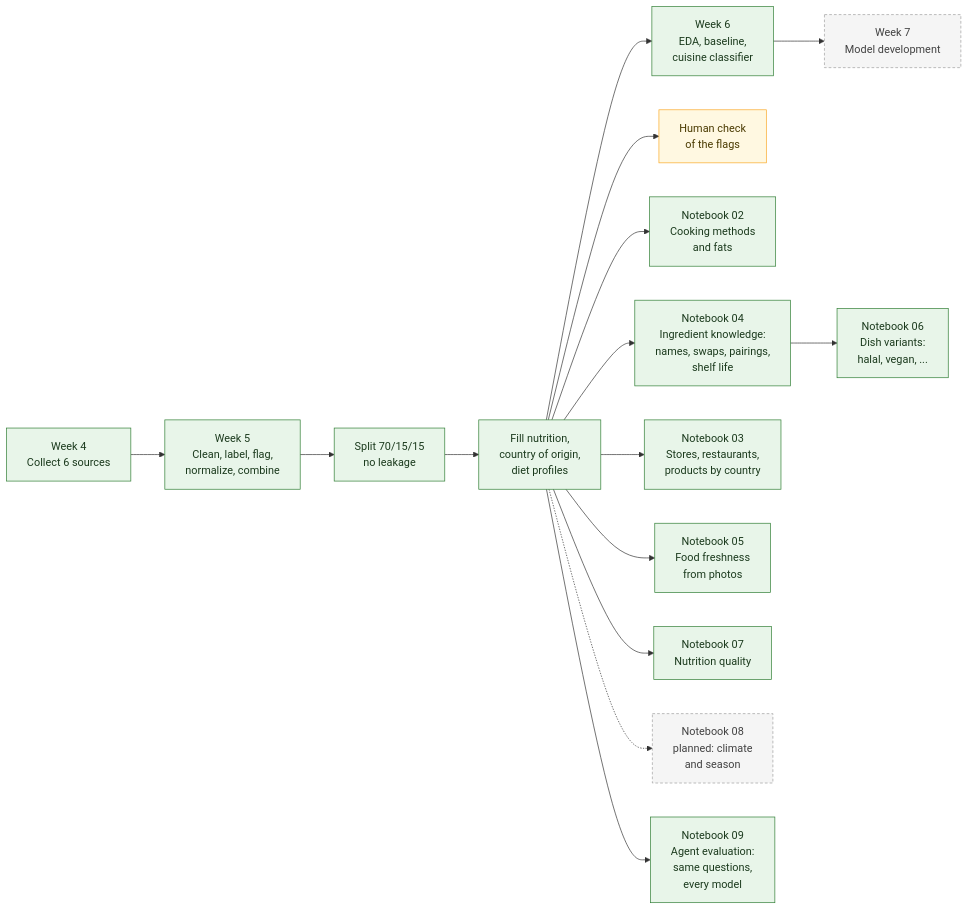
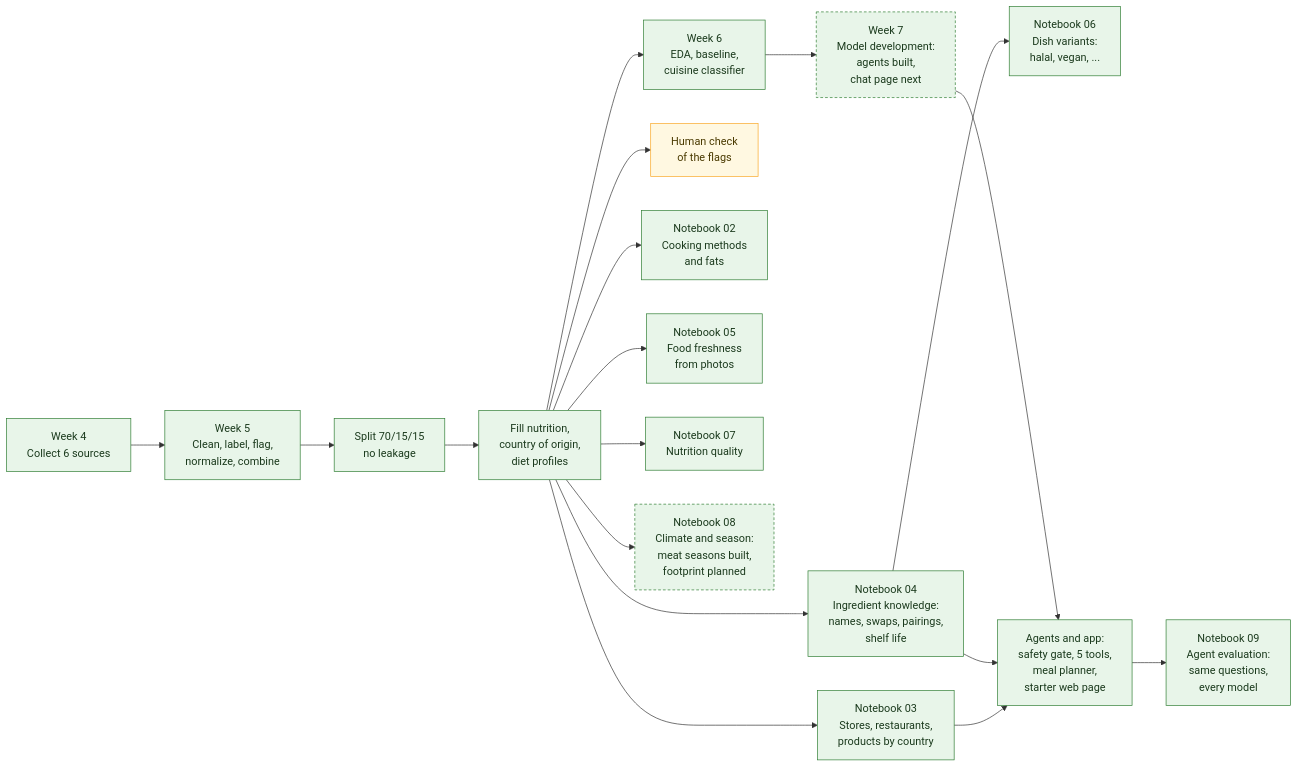
The second of 3 diagrams in README.md (Chloe-Tu2/The-EverFlavor-AI), drawn with Mermaid before and after one commit. The commit also changed other lines of this file and 35 other files, not shown here.

````diff
--- a/README.md
+++ b/README.md
@@ -171,24 +171,28 @@
 ```mermaid
 flowchart LR
     A[Week 4<br/>Collect 6 sources] --> B[Week 5<br/>Clean, label, flag,<br/>normalize, combine]
     B --> C[Split 70/15/15<br/>no leakage]
     C --> G[Fill nutrition,<br/>country of origin,<br/>diet profiles]
     G --> D[Week 6<br/>EDA, baseline,<br/>cuisine classifier]
-    D --> E[Week 7<br/>Model development]
+    D --> E[Week 7<br/>Model development:<br/>agents built,<br/>chat page next]
     G --> H[Human check<br/>of the flags]
     G --> F[Notebook 02<br/>Cooking methods<br/>and fats]
     G --> K[Notebook 04<br/>Ingredient knowledge:<br/>names, swaps, pairings,<br/>shelf life]
     G --> S[Notebook 03<br/>Stores, restaurants,<br/>products by country]
     G --> V[Notebook 05<br/>Food freshness<br/>from photos]
     K --> W[Notebook 06<br/>Dish variants:<br/>halal, vegan, ...]
     G --> Q[Notebook 07<br/>Nutrition quality]
-    G -.-> X[Notebook 08<br/>planned: climate<br/>and season]
-    G --> AE[Notebook 09<br/>Agent evaluation:<br/>same questions,<br/>every model]
+    G --> X[Notebook 08<br/>Climate and season:<br/>meat seasons built,<br/>footprint planned]
+    E --> AG[Agents and app:<br/>safety gate, 5 tools,<br/>meal planner,<br/>starter web page]
+    K --> AG
+    S --> AG
+    AG --> AE[Notebook 09<br/>Agent evaluation:<br/>same questions,<br/>every model]
 
     classDef done fill:#E8F5E9,stroke:#2E7D32,color:#1B3A1D
     classDef people fill:#FFF8E1,stroke:#F9A825,color:#4A3A00
     classDef next fill:#F5F5F5,stroke:#9E9E9E,color:#424242,stroke-dasharray:4 3
-    class A,B,C,G,D,F,K,S,V,W,Q,AE done
+    classDef partial fill:#E8F5E9,stroke:#2E7D32,color:#1B3A1D,stroke-dasharray:4 3
+    class A,B,C,G,D,F,K,S,V,W,Q,AG,AE done
     class H people
-    class E,X next
+    class E,X partial
 ```
````
